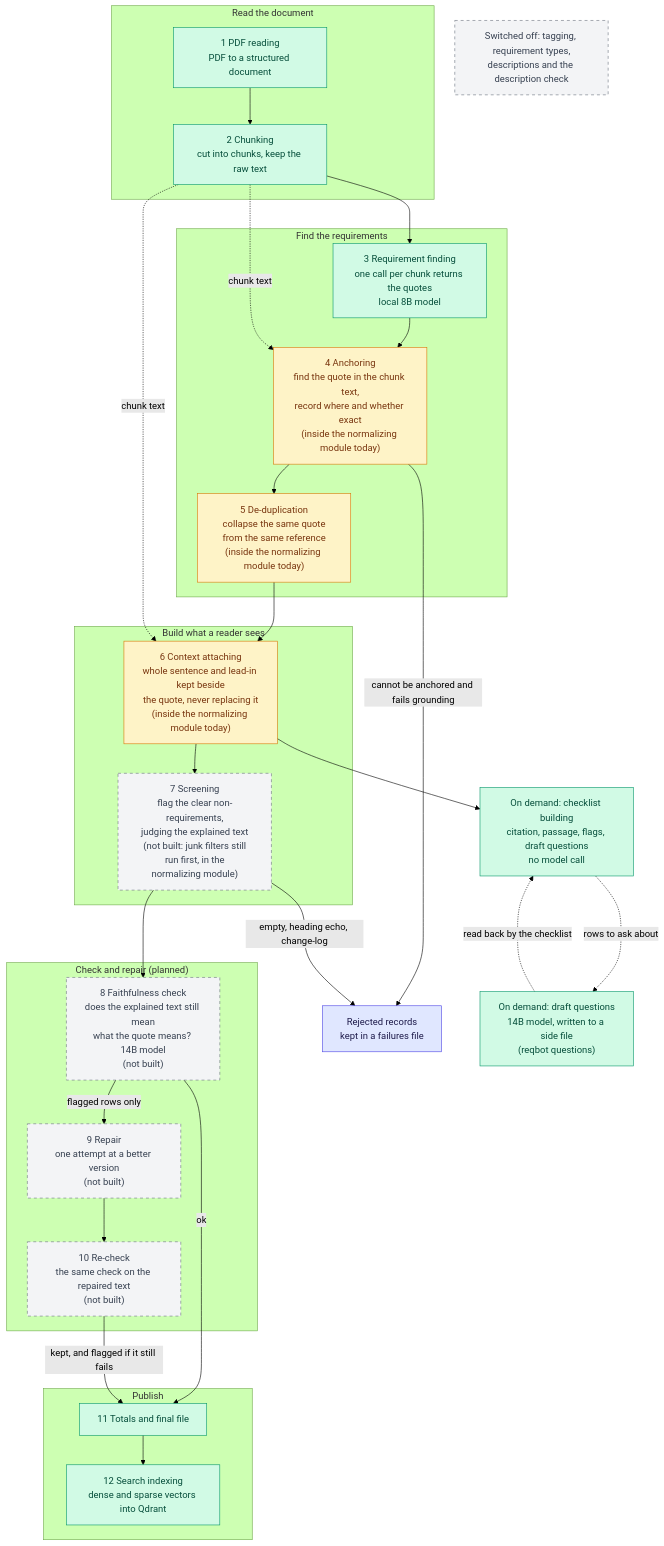
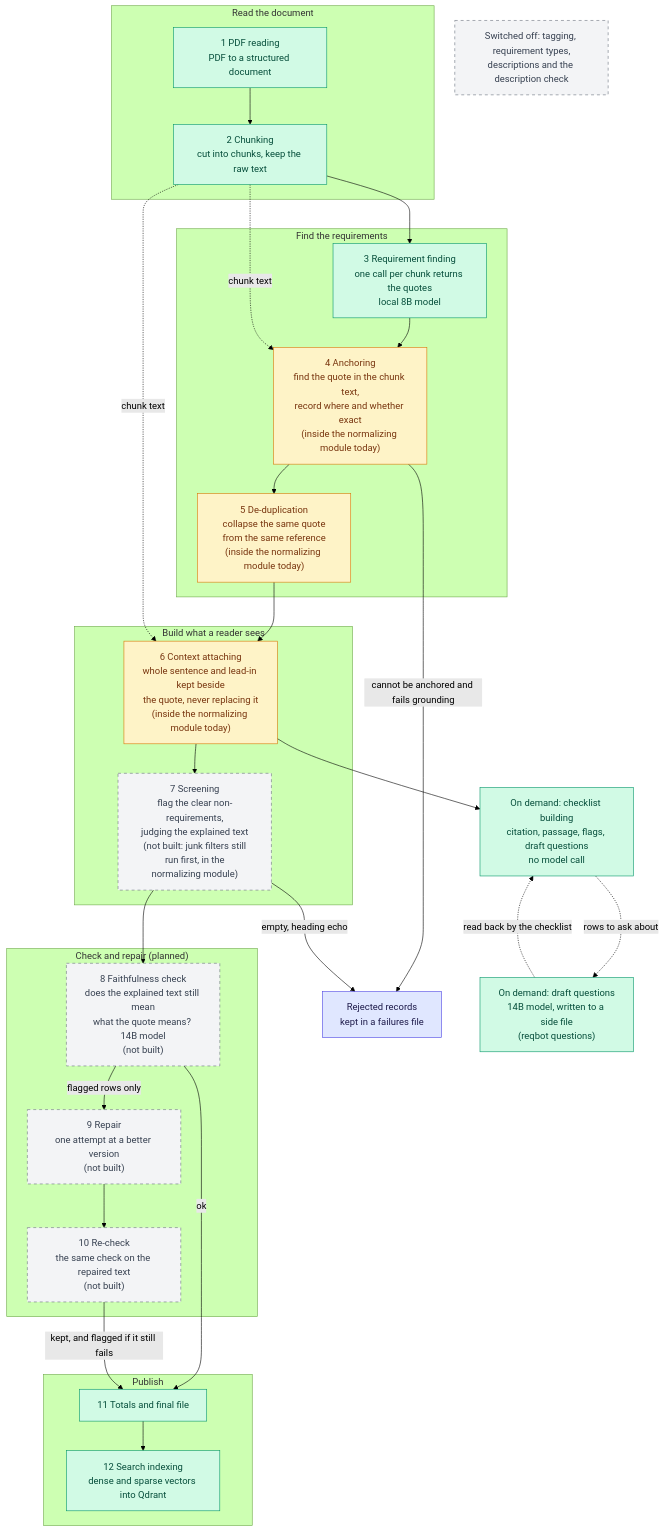
One commit to TylerGRClark/ReqBot changed the first of 3 diagrams in docs/ARCHITECTURE.md. Above: the diagram before and after it, drawn with Mermaid (forest theme). The commit also changed other lines of this file and 4 other files, not shown here.

````diff
--- a/docs/ARCHITECTURE.md
+++ b/docs/ARCHITECTURE.md
@@ -52,58 +52,58 @@
 ```mermaid
 flowchart TD
     subgraph READ["Read the document"]
         N1["1 PDF reading<br/>PDF to a structured document"]
         N2["2 Chunking<br/>cut into chunks, keep the raw text"]
     end
     subgraph FIND["Find the requirements"]
         N3["3 Requirement finding<br/>one call per chunk returns the quotes<br/>local 8B model"]
         N4["4 Anchoring<br/>find the quote in the chunk text,<br/>record where and whether exact<br/>(inside the normalizing module today)"]
         N5["5 De-duplication<br/>collapse the same quote<br/>from the same reference<br/>(inside the normalizing module today)"]
     end
     subgraph BUILD["Build what a reader sees"]
         N6["6 Context attaching<br/>whole sentence and lead-in kept beside<br/>the quote, never replacing it<br/>(inside the normalizing module today)"]
         N7["7 Screening<br/>flag the clear non-requirements,<br/>judging the explained text<br/>(not built: junk filters still<br/>run first, in the<br/>normalizing module)"]
     end
     subgraph CHECK["Check and repair (planned)"]
         N8["8 Faithfulness check<br/>does the explained text still mean<br/>what the quote means? 14B model<br/>(not built)"]
         N9["9 Repair<br/>one attempt at a better version<br/>(not built)"]
         N10["10 Re-check<br/>the same check on the repaired text<br/>(not built)"]
     end
     subgraph PUBLISH["Publish"]
         N11["11 Totals and final file"]
         N12["12 Search indexing<br/>dense and sparse vectors into Qdrant"]
     end
     FAIL["Rejected records<br/>kept in a failures file"]
     CL["On demand: checklist building<br/>citation, passage, flags, draft questions<br/>no model call"]
     DQ["On demand: draft questions<br/>14B model, written to a side file<br/>(reqbot questions)"]
     OFF["Switched off: tagging, requirement types,<br/>descriptions and the description check"]
 
     N1 --> N2
     N2 --> N3
     N3 --> N4
     N4 --> N5
     N5 --> N6
     N6 --> N7
     N7 --> N8
     N2 -.->|"chunk text"| N4
     N2 -.->|"chunk text"| N6
     N4 -->|"cannot be anchored and fails grounding"| FAIL
-    N7 -->|"empty, heading echo, change-log"| FAIL
+    N7 -->|"empty, heading echo"| FAIL
     N8 -->|"ok"| N11
     N8 -->|"flagged rows only"| N9
     N9 --> N10
     N10 -->|"kept, and flagged if it still fails"| N11
     N11 --> N12
     N6 --> CL
     CL -.->|"rows to ask about"| DQ
     DQ -.->|"read back by the checklist"| CL
 
     classDef built fill:#d1fae5,stroke:#059669,color:#064e3b;
     classDef inside fill:#fef3c7,stroke:#d97706,color:#78350f;
     classDef planned fill:#f3f4f6,stroke:#6b7280,color:#374151,stroke-dasharray: 5 5;
     classDef side fill:#e0e7ff,stroke:#4f46e5,color:#1e1b4b;
     class N1,N2,N3,N11,N12,CL,DQ built;
     class N4,N5,N6 inside;
     class N7,N8,N9,N10,OFF planned;
     class FAIL side;
 ```
````
